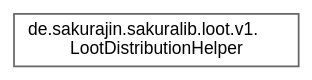
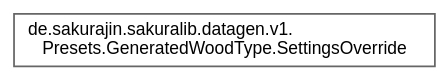
One commit to noah1510/sakura-lib changed the diagram in inherit_graph_19.dot. Above: the diagram before and after it, drawn with Graphviz. The commit also changed 187 other files, not shown here.

```diff
--- a/inherit_graph_19.dot
+++ b/inherit_graph_19.dot
@@ -1,9 +1,9 @@
 digraph "Graphical Class Hierarchy"
 {
  // LATEX_PDF_SIZE
   bgcolor="transparent";
   edge [fontname=Helvetica,fontsize=10,labelfontname=Helvetica,labelfontsize=10];
   node [fontname=Helvetica,fontsize=10,shape=box,height=0.2,width=0.4];
   rankdir="LR";
-  Node0 [label="de.sakurajin.sakuralib.loot.v1.\lLootDistributionHelper",height=0.2,width=0.4,color="grey40", fillcolor="white", style="filled",URL="$classde_1_1sakurajin_1_1sakuralib_1_1loot_1_1v1_1_1LootDistributionHelper.html",tooltip="This class can be used to create weight distributions for loot tables."];
+  Node0 [label="de.sakurajin.sakuralib.datagen.v1.\lPresets.GeneratedWoodType.SettingsOverride",height=0.2,width=0.4,color="grey40", fillcolor="white", style="filled",URL="$interfacede_1_1sakurajin_1_1sakuralib_1_1datagen_1_1v1_1_1Presets_1_1GeneratedWoodType_1_1SettingsOverride.html",tooltip=" "];
 }
```
